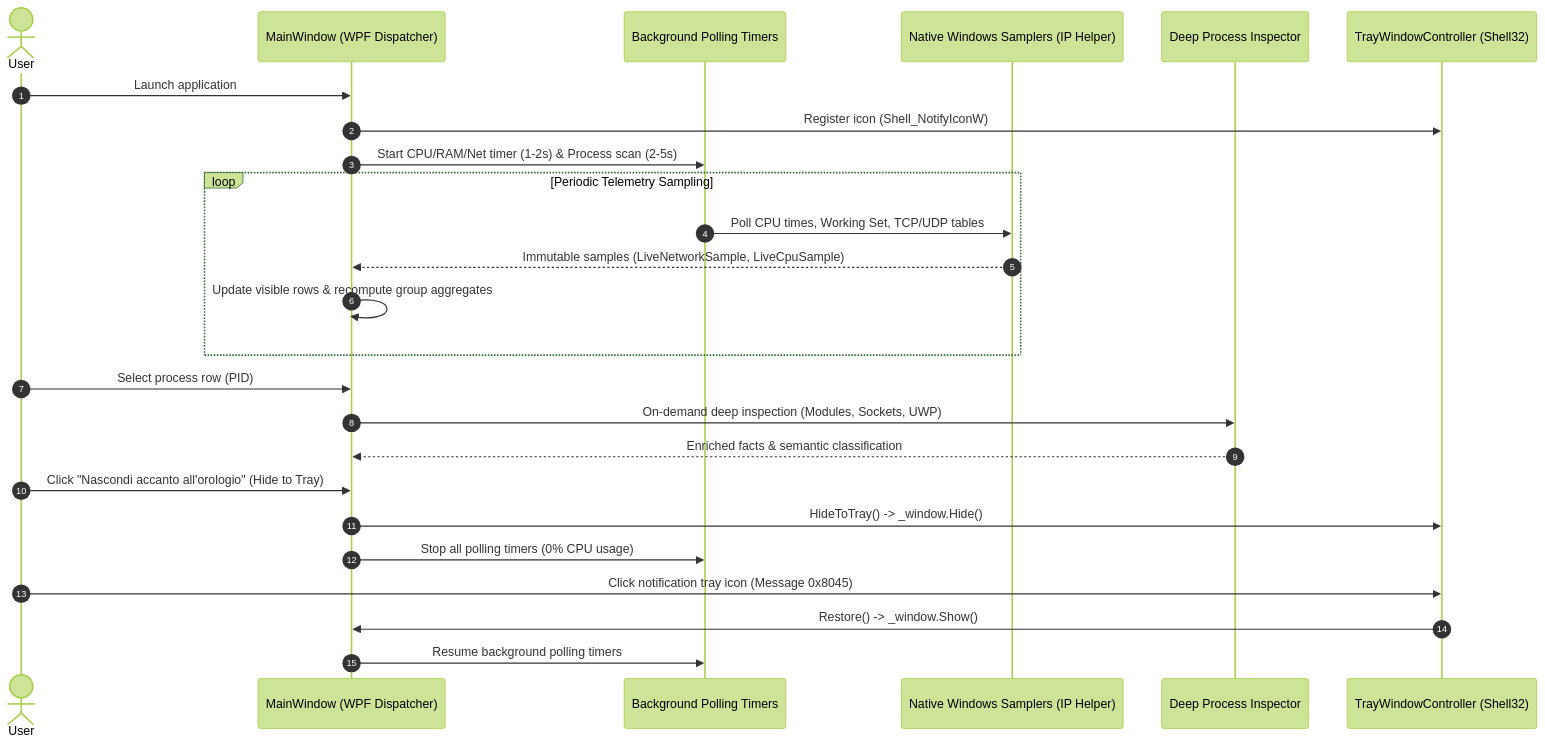
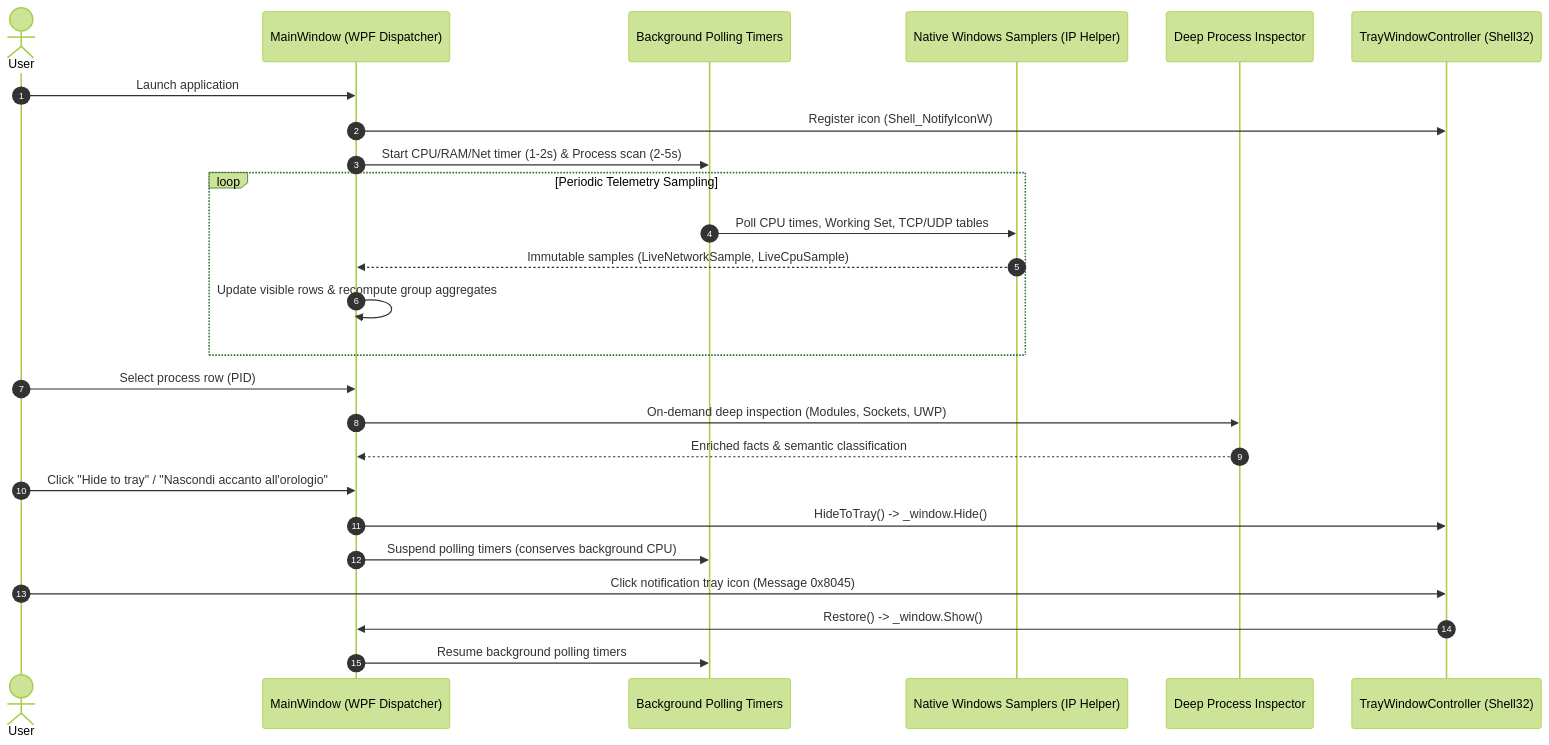
The third of 3 diagrams in README.md (Buconero03/SysPulse), drawn with Mermaid (forest theme) before and after one commit. The commit also changed other lines of this file and 26 other files, not shown here.

````diff
--- a/README.md
+++ b/README.md
@@ -267,28 +287,28 @@
 ```mermaid
 sequenceDiagram
     autonumber
     actor User
     participant GUI as MainWindow (WPF Dispatcher)
     participant Timers as Background Polling Timers
     participant Sampler as Native Windows Samplers (IP Helper)
     participant Inspector as Deep Process Inspector
     participant Tray as TrayWindowController (Shell32)
 
     User->>GUI: Launch application
     GUI->>Tray: Register icon (Shell_NotifyIconW)
     GUI->>Timers: Start CPU/RAM/Net timer (1-2s) & Process scan (2-5s)
     loop Periodic Telemetry Sampling
         Timers->>Sampler: Poll CPU times, Working Set, TCP/UDP tables
         Sampler-->>GUI: Immutable samples (LiveNetworkSample, LiveCpuSample)
         GUI->>GUI: Update visible rows & recompute group aggregates
     end
     User->>GUI: Select process row (PID)
     GUI->>Inspector: On-demand deep inspection (Modules, Sockets, UWP)
     Inspector-->>GUI: Enriched facts & semantic classification
-    User->>GUI: Click "Nascondi accanto all'orologio" (Hide to Tray)
+    User->>GUI: Click "Hide to tray" / "Nascondi accanto all'orologio"
     GUI->>Tray: HideToTray() -> _window.Hide()
-    GUI->>Timers: Stop all polling timers (0% CPU usage)
+    GUI->>Timers: Suspend polling timers (conserves background CPU)
     User->>Tray: Click notification tray icon (Message 0x8045)
     Tray->>GUI: Restore() -> _window.Show()
     GUI->>Timers: Resume background polling timers
 ```
````
